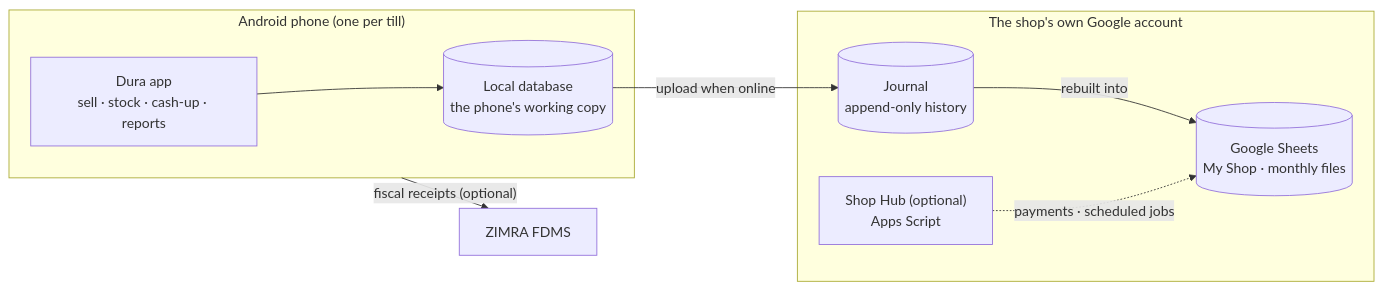
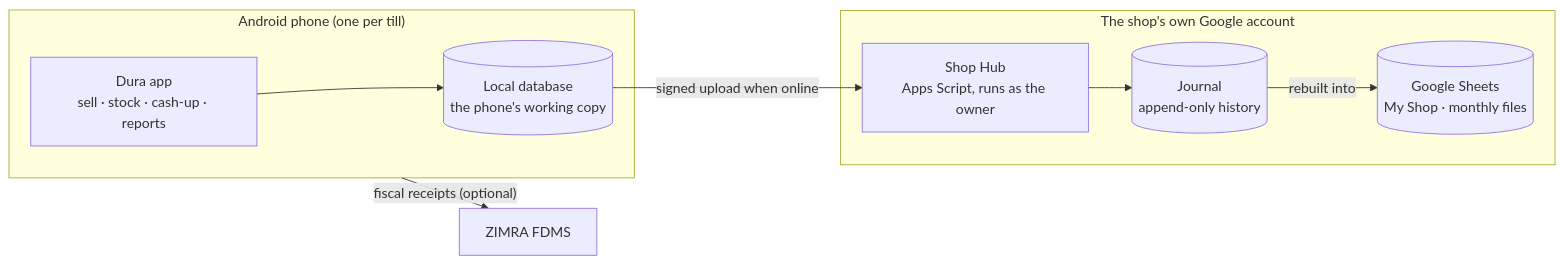
One commit to DonnC/dura-pos changed the diagram in handbook/product/01-vision.md. Above: the diagram before and after it, drawn with Mermaid. The commit also changed other lines of this file and 155 other files, not shown here.

````diff
--- a/handbook/product/01-vision.md
+++ b/handbook/product/01-vision.md
@@ -80,17 +80,17 @@
 ```mermaid
 flowchart LR
   subgraph Phone["Android phone (one per till)"]
     App["Dura app<br/>sell · stock · cash-up · reports"]
     DB[("Local database<br/>the phone's working copy")]
     App --> DB
   end
   subgraph Google["The shop's own Google account"]
+    Hub["Shop Hub<br/>Apps Script, runs as the owner"]
     Journal[("Journal<br/>append-only history")]
     Sheets[("Google Sheets<br/>My Shop · monthly files")]
-    Hub["Shop Hub (optional)<br/>Apps Script"]
+    Hub --> Journal
+    Journal -- "rebuilt into" --> Sheets
   end
-  DB -- "upload when online" --> Journal
-  Journal -- "rebuilt into" --> Sheets
-  Hub -. "payments · scheduled jobs" .-> Sheets
+  DB -- "signed upload when online" --> Hub
   Phone -- "fiscal receipts (optional)" --> ZIMRA["ZIMRA FDMS"]
 ```
````
